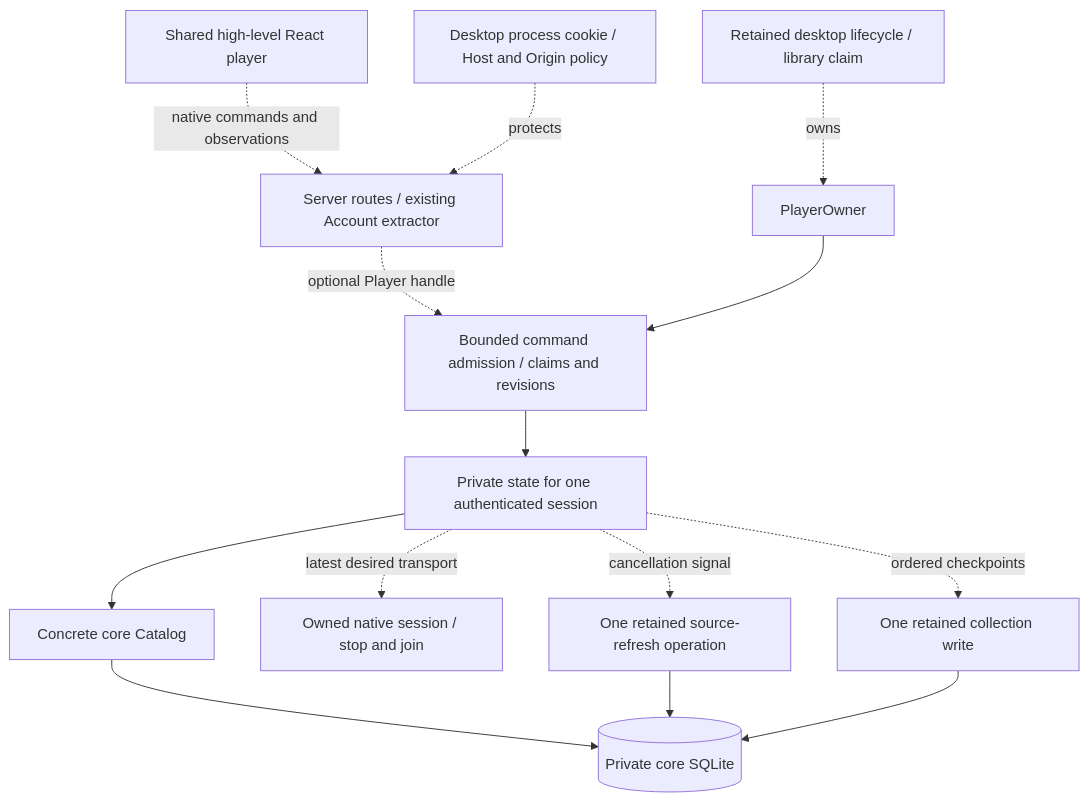
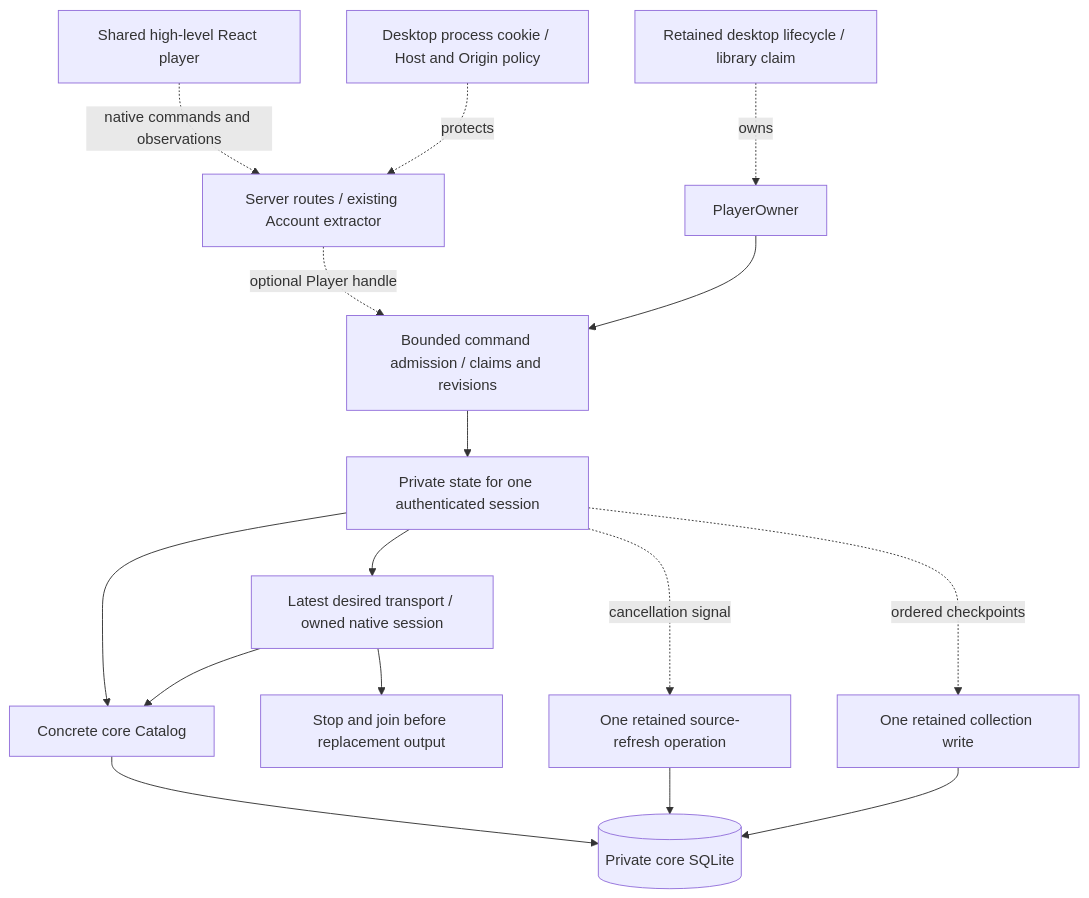
Before and after one commit to acidiney/hitoapp: the diagram in docs/native-coordinator.md, drawn with Mermaid. The commit also changed other lines of this file and 3 other files, not shown here.

Commit message:
Document native command output and the remaining application wiring

````diff
--- a/docs/native-coordinator.md
+++ b/docs/native-coordinator.md
@@ -9,16 +9,18 @@
 ```mermaid
 flowchart TB
   UI[Shared high-level React player] -. native commands and observations .-> HTTP[Server routes / existing Account extractor]
   Access[Desktop process cookie / Host and Origin policy] -. protects .-> HTTP
   HTTP -. optional Player handle .-> Admission[Bounded command admission / claims and revisions]
   Host[Retained desktop lifecycle / library claim] -. owns .-> Owner[PlayerOwner]
   Owner --> Admission
   Admission --> State[Private state for one authenticated session]
   State --> Catalog[Concrete core Catalog]
-  State -. latest desired transport .-> Native[Owned native session / stop and join]
+  State --> Native[Latest desired transport / owned native session]
+  Native --> Catalog
+  Native --> Join[Stop and join before replacement output]
   State -. cancellation signal .-> Refresh[One retained source-refresh operation]
   State -. ordered checkpoints .-> Progress[One retained collection write]
   Catalog --> DB[(Private core SQLite)]
   Refresh --> DB
   Progress --> DB
 ```
````
